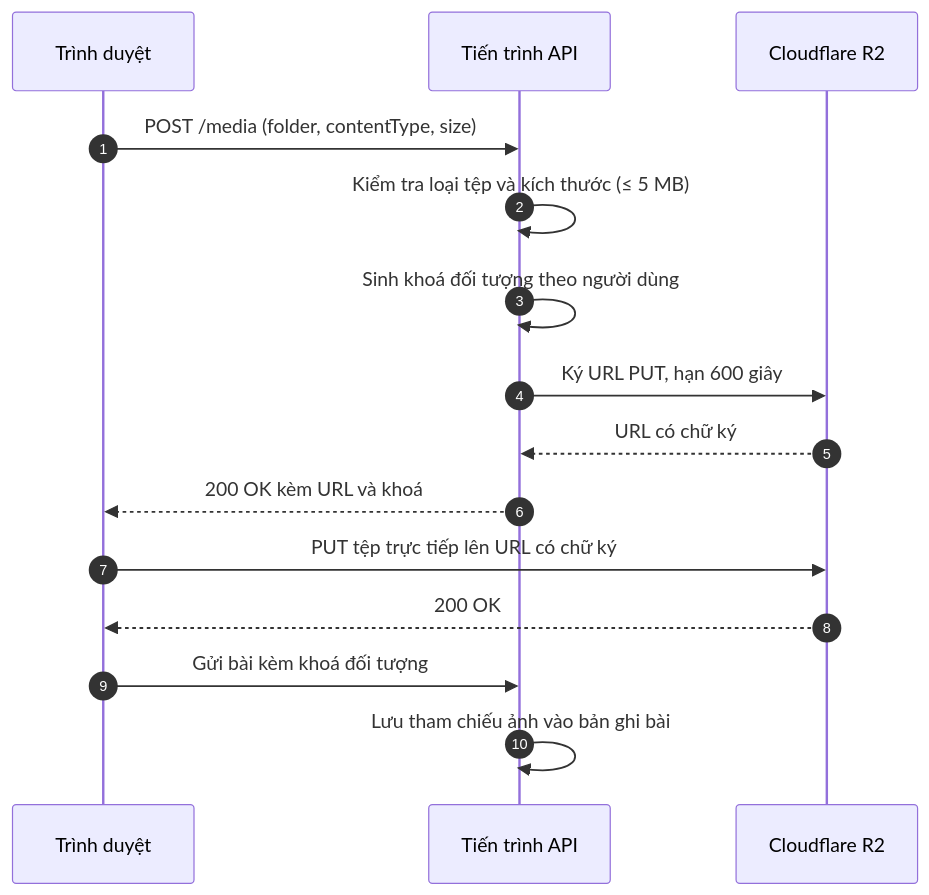
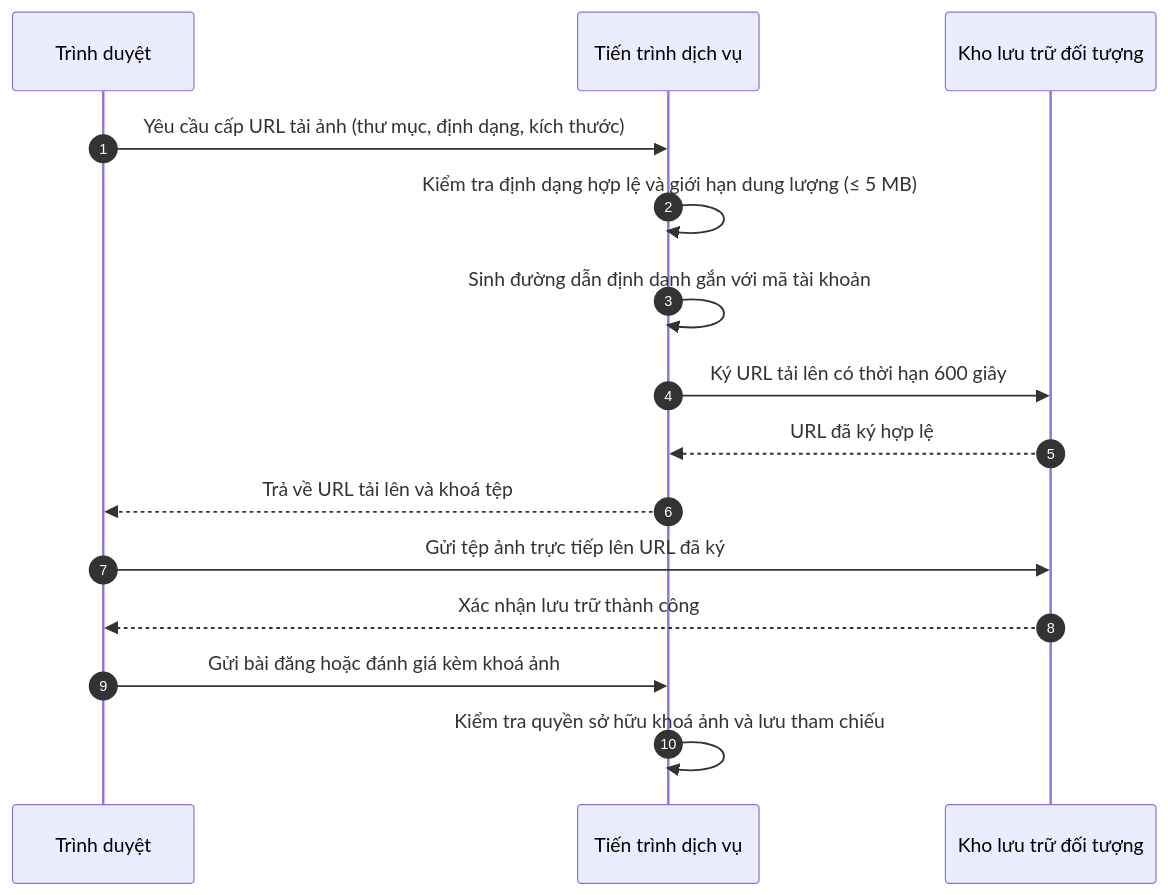
One commit to longqt321/Rendez-PBL6 changed the seventh of 24 diagrams in docs/bao-cao/BAO-CAO-DO-AN.md. Above: the diagram before and after it, drawn with Mermaid. The commit also changed other lines of this file and 71 other files, not shown here.

Commit message:
feat(schema,backend): complete UX API features, role isolation, and submissions

````diff
--- a/docs/bao-cao/BAO-CAO-DO-AN.md
+++ b/docs/bao-cao/BAO-CAO-DO-AN.md
@@ -792,18 +882,18 @@
 ```mermaid
 sequenceDiagram
     autonumber
-    participant B as Trình duyệt
-    participant A as Tiến trình API
-    participant R as Cloudflare R2
+    participant TD as Trình duyệt
+    participant XL as Tiến trình dịch vụ
+    participant LT as Kho lưu trữ đối tượng
 
-    B->>A: POST /media (folder, contentType, size)
-    A->>A: Kiểm tra loại tệp và kích thước (≤ 5 MB)
-    A->>A: Sinh khoá đối tượng theo người dùng
-    A->>R: Ký URL PUT, hạn 600 giây
-    R-->>A: URL có chữ ký
-    A-->>B: 200 OK kèm URL và khoá
-    B->>R: PUT tệp trực tiếp lên URL có chữ ký
-    R-->>B: 200 OK
-    B->>A: Gửi bài kèm khoá đối tượng
-    A->>A: Lưu tham chiếu ảnh vào bản ghi bài
+    TD->>XL: Yêu cầu cấp URL tải ảnh (thư mục, định dạng, kích thước)
+    XL->>XL: Kiểm tra định dạng hợp lệ và giới hạn dung lượng (≤ 5 MB)
+    XL->>XL: Sinh đường dẫn định danh gắn với mã tài khoản
+    XL->>LT: Ký URL tải lên có thời hạn 600 giây
+    LT-->>XL: URL đã ký hợp lệ
+    XL-->>TD: Trả về URL tải lên và khoá tệp
+    TD->>LT: Gửi tệp ảnh trực tiếp lên URL đã ký
+    LT-->>TD: Xác nhận lưu trữ thành công
+    TD->>XL: Gửi bài đăng hoặc đánh giá kèm khoá ảnh
+    XL->>XL: Kiểm tra quyền sở hữu khoá ảnh và lưu tham chiếu
 ```
````
